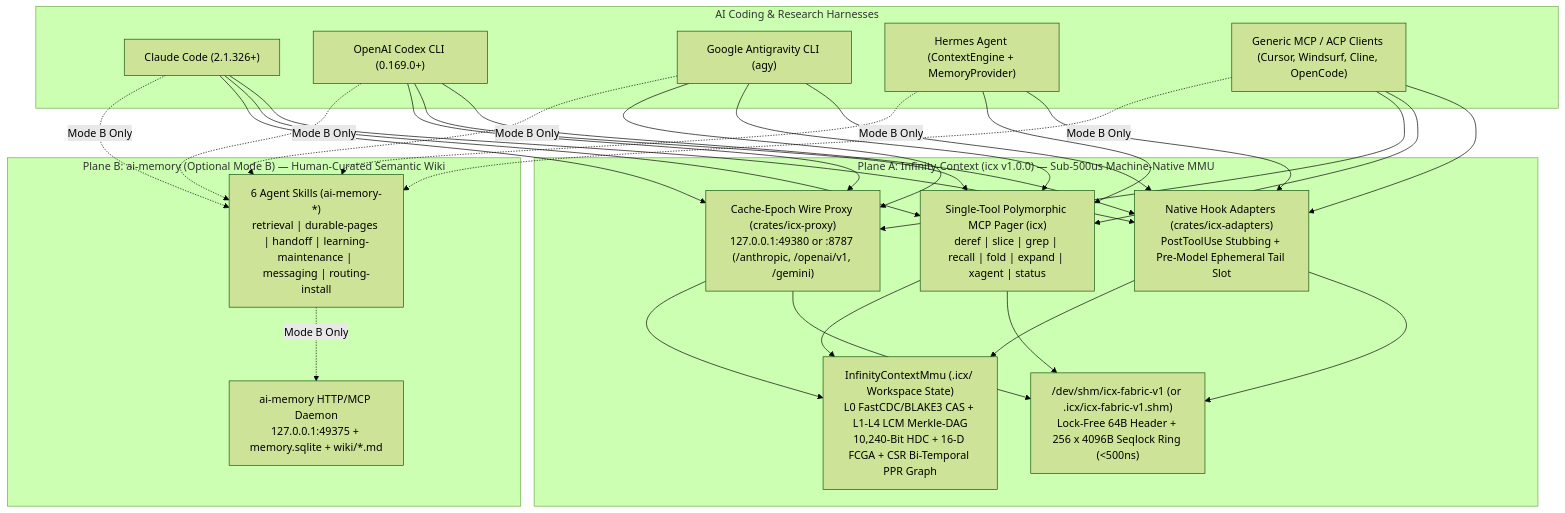
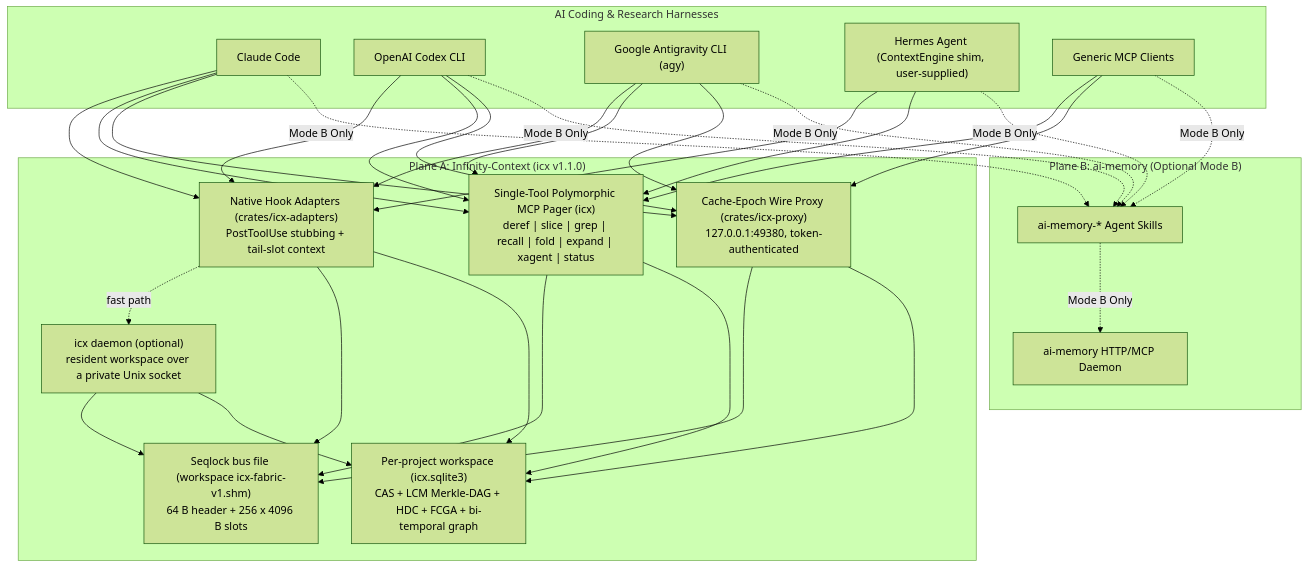
Before and after one commit to doublegate/Infinity-Context: the first of 3 diagrams in docs/deployment-and-agent-integration-guide.md, drawn with Mermaid (forest theme). The commit also changed other lines of this file and 146 other files, not shown here.

````diff
--- a/docs/deployment-and-agent-integration-guide.md
+++ b/docs/deployment-and-agent-integration-guide.md
@@ -37,31 +40,33 @@
 ```mermaid
 flowchart TB
     subgraph Harnesses["AI Coding & Research Harnesses"]
-        CC["Claude Code (2.1.326+)"]
-        CX["OpenAI Codex CLI (0.169.0+)"]
+        CC["Claude Code"]
+        CX["OpenAI Codex CLI"]
         AGY["Google Antigravity CLI (agy)"]
-        HM["Hermes Agent (ContextEngine + MemoryProvider)"]
-        GEN["Generic MCP / ACP Clients (Cursor, Windsurf, Cline, OpenCode)"]
+        HM["Hermes Agent (ContextEngine shim, user-supplied)"]
+        GEN["Generic MCP Clients"]
     end
 
-    subgraph ICX["Plane A: Infinity-Context (icx v1.0.0) — Sub-500us Machine-Native MMU"]
-        HOOKS["Native Hook Adapters (crates/icx-adapters)\nPostToolUse Stubbing + Pre-Model Ephemeral Tail Slot"]
+    subgraph ICX["Plane A: Infinity-Context (icx v1.1.0)"]
+        HOOKS["Native Hook Adapters (crates/icx-adapters)\nPostToolUse stubbing + tail-slot context"]
+        DAEMON["icx daemon (optional)\nresident workspace over a private Unix socket"]
         MCP_ICX["Single-Tool Polymorphic MCP Pager (icx)\nderef | slice | grep | recall | fold | expand | xagent | status"]
-        PROXY["Cache-Epoch Wire Proxy (crates/icx-proxy)\n127.0.0.1:49380 or :8787 (/anthropic, /openai/v1, /gemini)"]
-        SHM["/dev/shm/icx-fabric-v1 (or .icx/icx-fabric-v1.shm)\nLock-Free 64B Header + 256 x 4096B Seqlock Ring (<500ns)"]
-        MMU["InfinityContextMmu (.icx/ Workspace State)\nL0 FastCDC/BLAKE3 CAS + L1-L4 LCM Merkle-DAG\n10,240-Bit HDC + 16-D FCGA + CSR Bi-Temporal PPR Graph"]
+        PROXY["Cache-Epoch Wire Proxy (crates/icx-proxy)\n127.0.0.1:49380, token-authenticated"]
+        BUS["Seqlock bus file (workspace icx-fabric-v1.shm)\n64 B header + 256 x 4096 B slots"]
+        MMU["Per-project workspace (icx.sqlite3)\nCAS + LCM Merkle-DAG + HDC + FCGA + bi-temporal graph"]
     end
 
-    subgraph AIM["Plane B: ai-memory (Optional Mode B) — Human-Curated Semantic Wiki"]
-        AIM_SKILLS["6 Agent Skills (ai-memory-*)\nretrieval | durable-pages | handoff | learning-maintenance | messaging | routing-install"]
-        AIM_DAEMON["ai-memory HTTP/MCP Daemon\n127.0.0.1:49375 + memory.sqlite + wiki/*.md"]
+    subgraph AIM["Plane B: ai-memory (Optional Mode B)"]
+        AIM_SKILLS["ai-memory-* Agent Skills"]
+        AIM_DAEMON["ai-memory HTTP/MCP Daemon"]
     end
 
-    CC & CX & AGY & HM & GEN --> HOOKS
+    CC & CX & AGY & HM --> HOOKS
+    HOOKS -. "fast path" .-> DAEMON
     CC & CX & AGY & HM & GEN --> MCP_ICX
     CC & CX & AGY & GEN --> PROXY
-    HOOKS & MCP_ICX & PROXY --> SHM
-    HOOKS & MCP_ICX & PROXY --> MMU
+    HOOKS & DAEMON & MCP_ICX & PROXY --> BUS
+    HOOKS & DAEMON & MCP_ICX & PROXY --> MMU
     CC & CX & AGY & HM & GEN -. "Mode B Only" .-> AIM_SKILLS
     AIM_SKILLS -. "Mode B Only" .-> AIM_DAEMON
 ```
````
